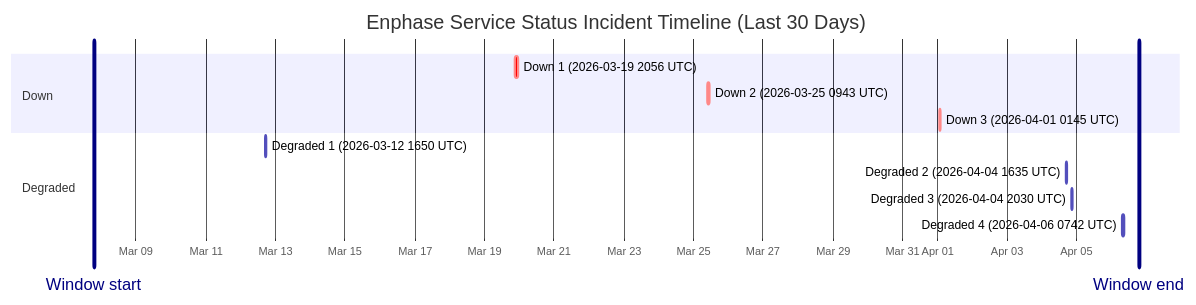
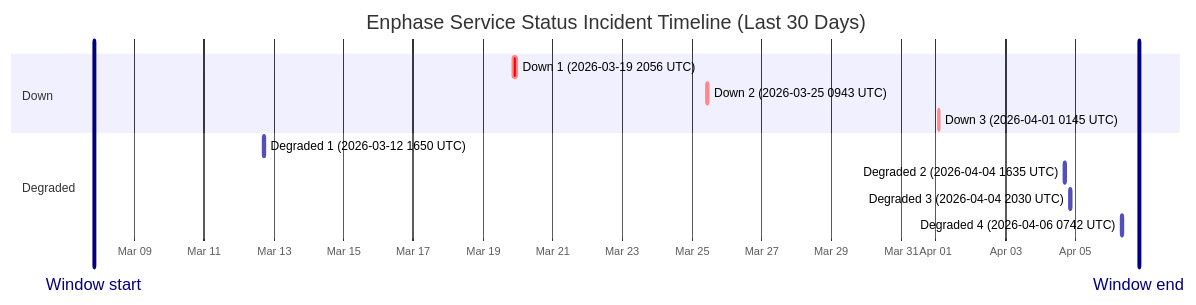
Before and after one commit to barneyonline/ha-enphase-ev-charger: the diagram in wiki/Service-Status-History.md, drawn with Mermaid. The commit also changed other lines of this file and 3 other files, not shown here.

````diff
--- a/wiki/Service-Status-History.md
+++ b/wiki/Service-Status-History.md
@@ -14,17 +14,17 @@
 ```mermaid
 gantt
     title Enphase Service Status Incident Timeline (Last 30 Days)
     dateFormat  YYYY-MM-DDTHH:mm:ss
     axisFormat  %b %d
-    Window start :vert, window-start, 2026-03-07T18:58:18, 0ms
-    Window end :vert, window-end, 2026-04-06T18:58:18, 0ms
+    Window start :vert, window-start, 2026-03-07T19:55:01, 0ms
+    Window end :vert, window-end, 2026-04-06T19:55:01, 0ms
     section Down
     Down 1 (2026-03-19 2056 UTC) :crit, down-1, 2026-03-19T20:56:20, 145m
     Down 2 (2026-03-25 0943 UTC) :crit, down-2, 2026-03-25T09:43:28, 111m
     Down 3 (2026-04-01 0145 UTC) :crit, down-3, 2026-04-01T01:45:09, 60m
     section Degraded
     Degraded 1 (2026-03-12 1650 UTC) :active, degraded-1, 2026-03-12T16:50:43, 60m
     Degraded 2 (2026-04-04 1635 UTC) :active, degraded-2, 2026-04-04T16:35:17, 60m
     Degraded 3 (2026-04-04 2030 UTC) :active, degraded-3, 2026-04-04T20:30:40, 60m
     Degraded 4 (2026-04-06 0742 UTC) :active, degraded-4, 2026-04-06T07:42:09, 85m
 ```
````
